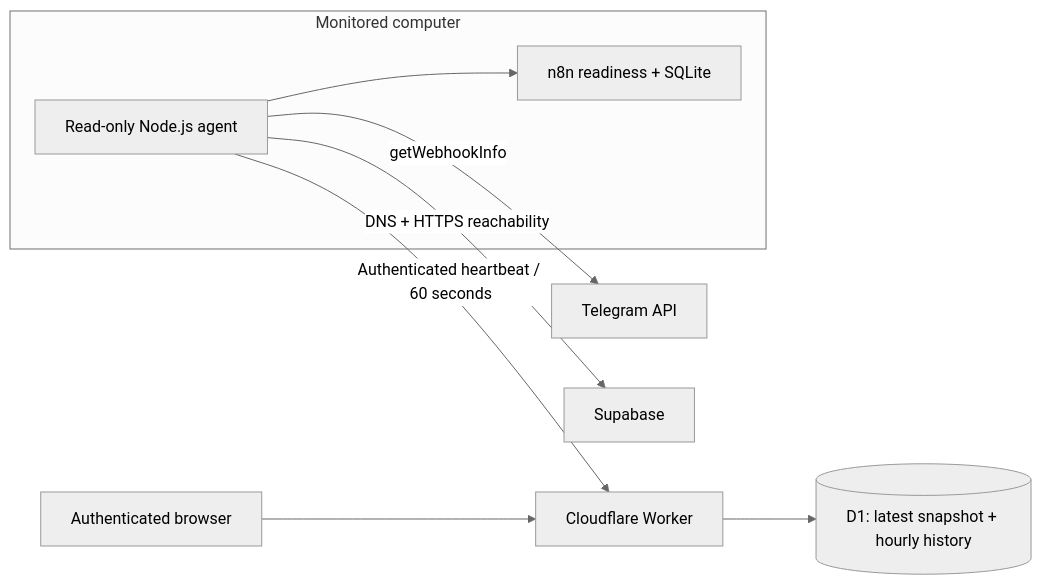
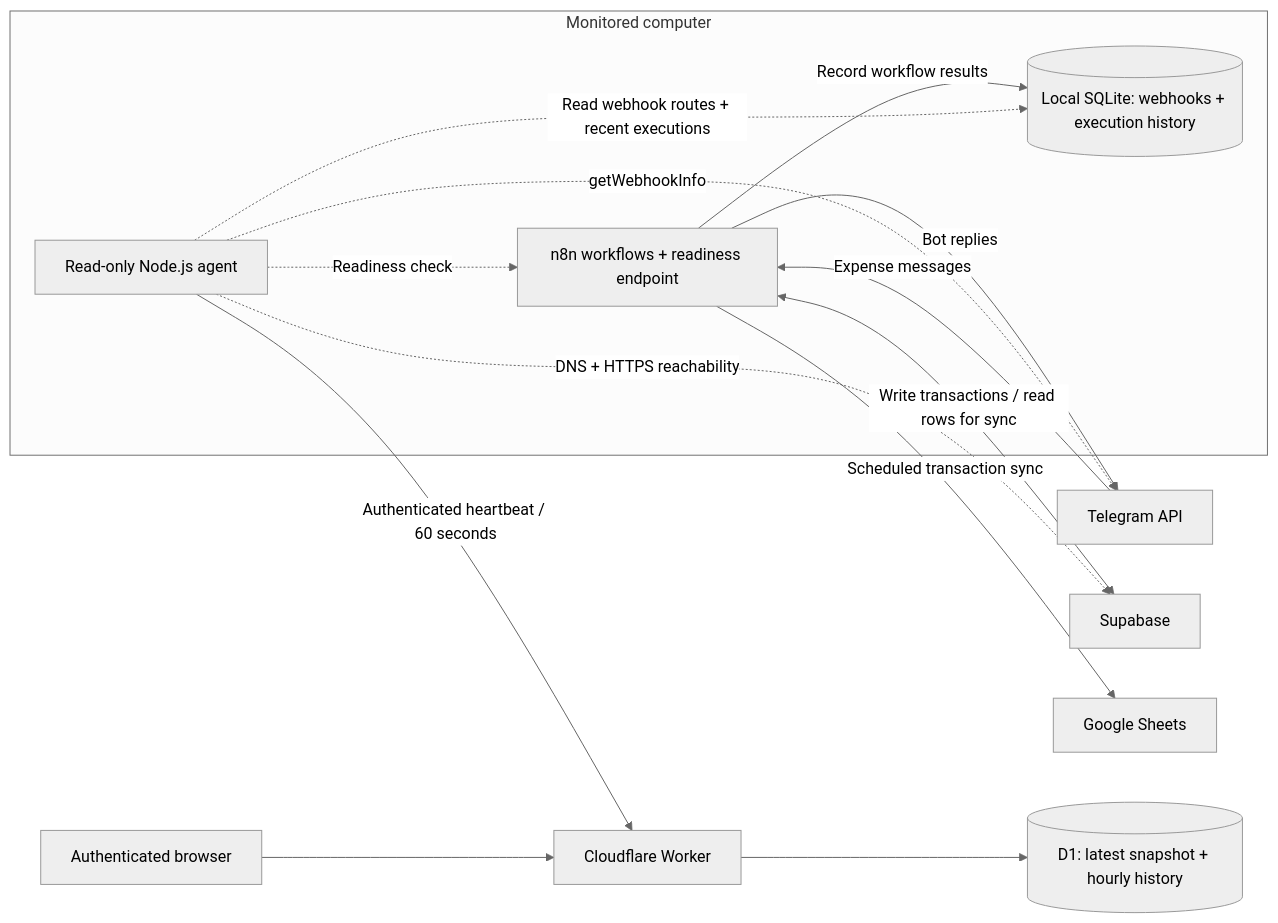
One commit to sutichaiu24/n8n-healthcheck changed the diagram in README.md. Above: the diagram before and after it, drawn with Mermaid (neutral theme). The commit also changed other lines of this file, not shown here.

Commit message:
Show Google Sheets sync and monitoring boundaries in architecture diagram

````diff
--- a/README.md
+++ b/README.md
@@ -22,13 +22,20 @@
 ```mermaid
 flowchart LR
   subgraph Computer[Monitored computer]
+    N8N[n8n workflows + readiness endpoint]
+    LocalDB[(Local SQLite: webhooks + execution history)]
     Agent[Read-only Node.js agent]
-    N8N[n8n readiness + SQLite]
-    Agent --> N8N
+    N8N -->|Record workflow results| LocalDB
+    Agent -.->|Readiness check| N8N
+    Agent -.->|Read webhook routes + recent executions| LocalDB
   end
-  Agent -->|getWebhookInfo| Telegram[Telegram API]
-  Agent -->|DNS + HTTPS reachability| Supabase[Supabase]
+  Telegram[Telegram API] -->|Expense messages| N8N
+  N8N -->|Bot replies| Telegram
+  N8N <-->|Write transactions / read rows for sync| Supabase[Supabase]
+  N8N -->|Scheduled transaction sync| Sheets[Google Sheets]
+  Agent -.->|getWebhookInfo| Telegram
+  Agent -.->|DNS + HTTPS reachability| Supabase
   Agent -->|Authenticated heartbeat / 60 seconds| Worker[Cloudflare Worker]
   Worker --> D1[(D1: latest snapshot + hourly history)]
   Browser[Authenticated browser] --> Worker
 ```
````
